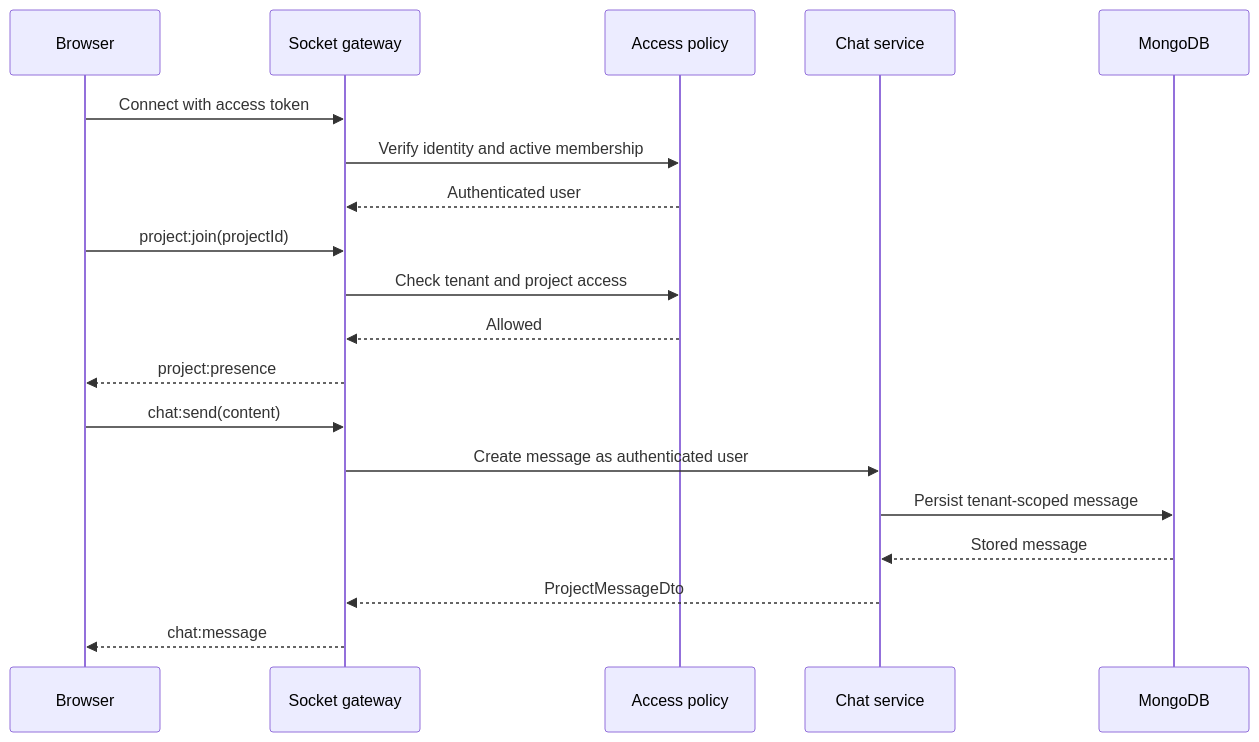
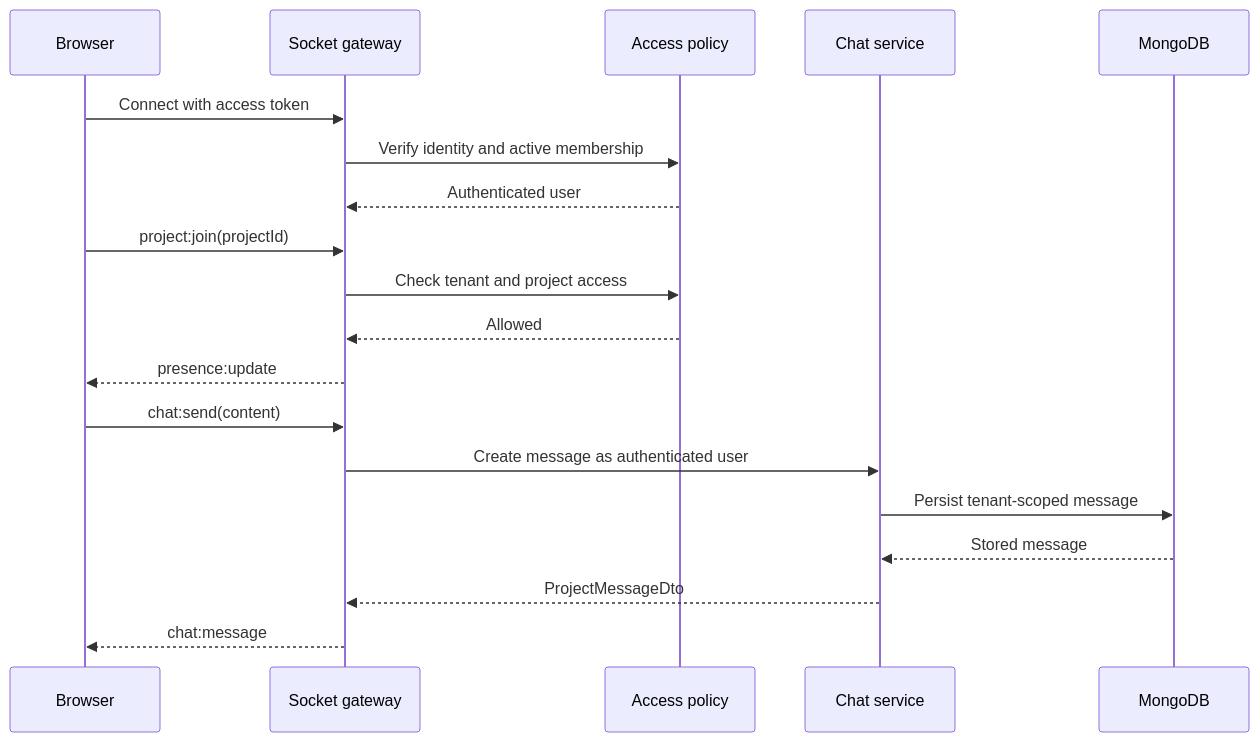
One commit to VedantJagdale1/Nexops-ai changed the diagram in docs/socket-events.md. Above: the diagram before and after it, drawn with Mermaid. The commit also changed other lines of this file and 25 other files, not shown here.

````diff
--- a/docs/socket-events.md
+++ b/docs/socket-events.md
@@ -64,22 +79,22 @@
 ```mermaid
 sequenceDiagram
   participant Browser
   participant Gateway as Socket gateway
   participant Policy as Access policy
   participant Chat as Chat service
   participant MongoDB
 
   Browser->>Gateway: Connect with access token
   Gateway->>Policy: Verify identity and active membership
   Policy-->>Gateway: Authenticated user
   Browser->>Gateway: project:join(projectId)
   Gateway->>Policy: Check tenant and project access
   Policy-->>Gateway: Allowed
-  Gateway-->>Browser: project:presence
+  Gateway-->>Browser: presence:update
   Browser->>Gateway: chat:send(content)
   Gateway->>Chat: Create message as authenticated user
   Chat->>MongoDB: Persist tenant-scoped message
   MongoDB-->>Chat: Stored message
   Chat-->>Gateway: ProjectMessageDto
   Gateway-->>Browser: chat:message
 ```
````
